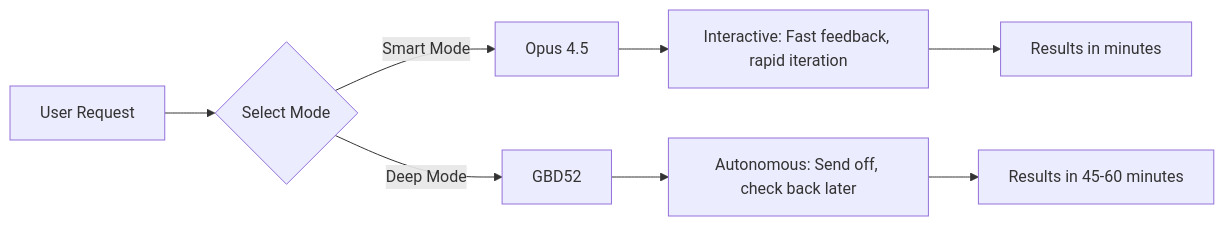
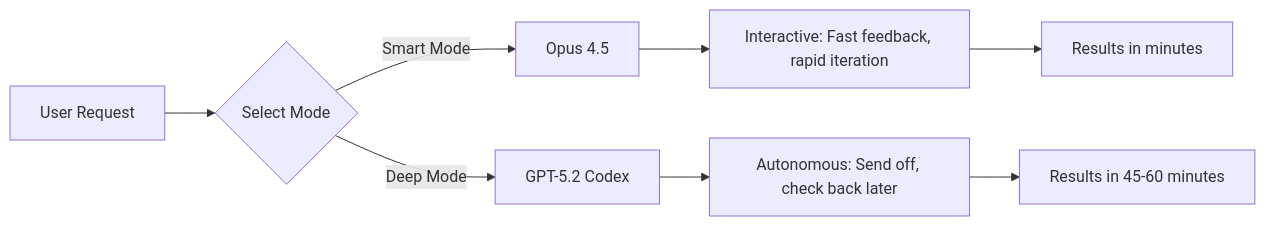
Before and after one commit to dev02019/awesome-agentic-patterns: the diagram in docs/patterns/agent-modes-by-model-personality.md, drawn with Mermaid. The commit also changed other lines of this file and 5 other files, not shown here.

Commit message:
Fix: Correct GBD52 to GPT-5.2 Codex in agent patterns

````diff
--- a/docs/patterns/agent-modes-by-model-personality.md
+++ b/docs/patterns/agent-modes-by-model-personality.md
@@ -32,10 +32,10 @@
 ```mermaid
 graph LR
     A[User Request] --> B{Select Mode}
     B -->|Smart Mode| C[Opus 4.5]
-    B -->|Deep Mode| D[GBD52]
+    B -->|Deep Mode| D[GPT-5.2 Codex]
     C --> E[Interactive: Fast feedback, rapid iteration]
     D --> F[Autonomous: Send off, check back later]
     E --> G[Results in minutes]
     F --> H[Results in 45-60 minutes]
 ```
````
